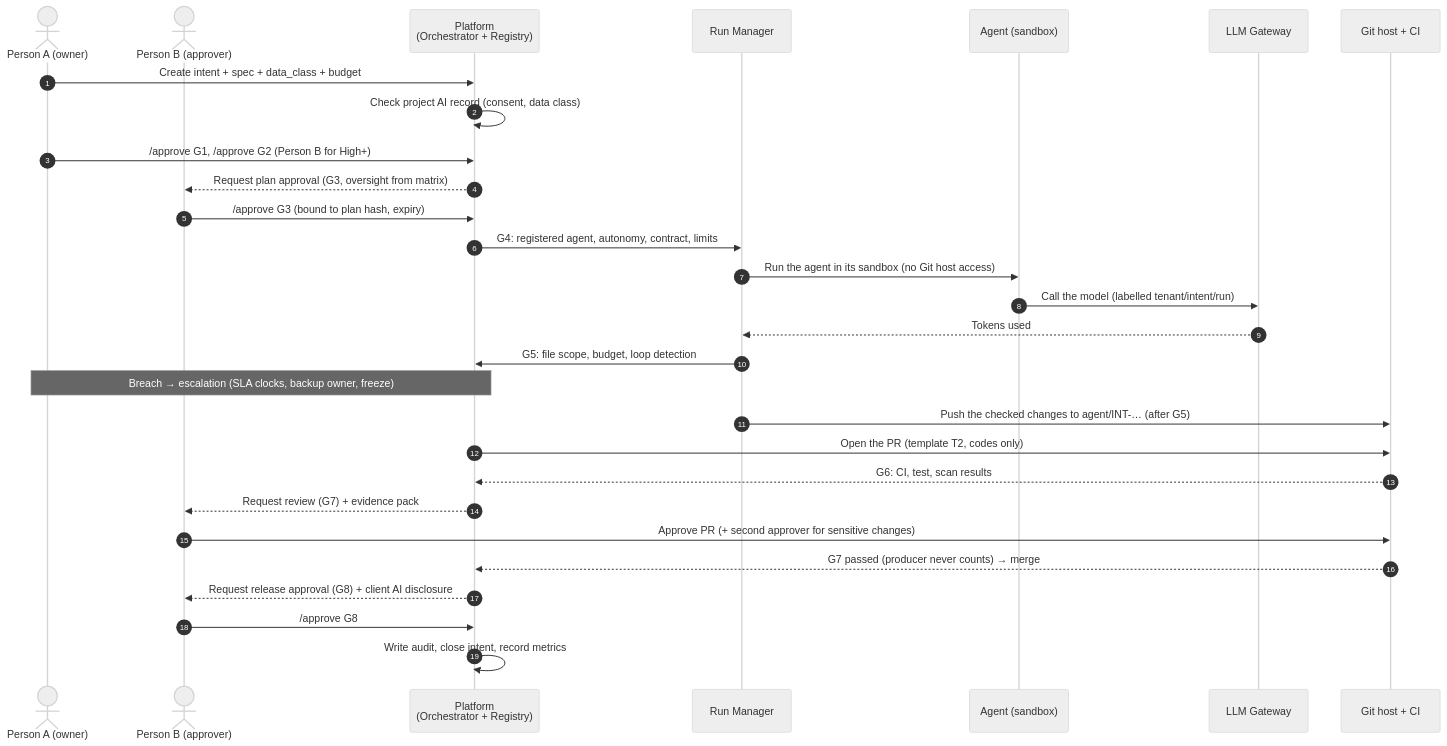
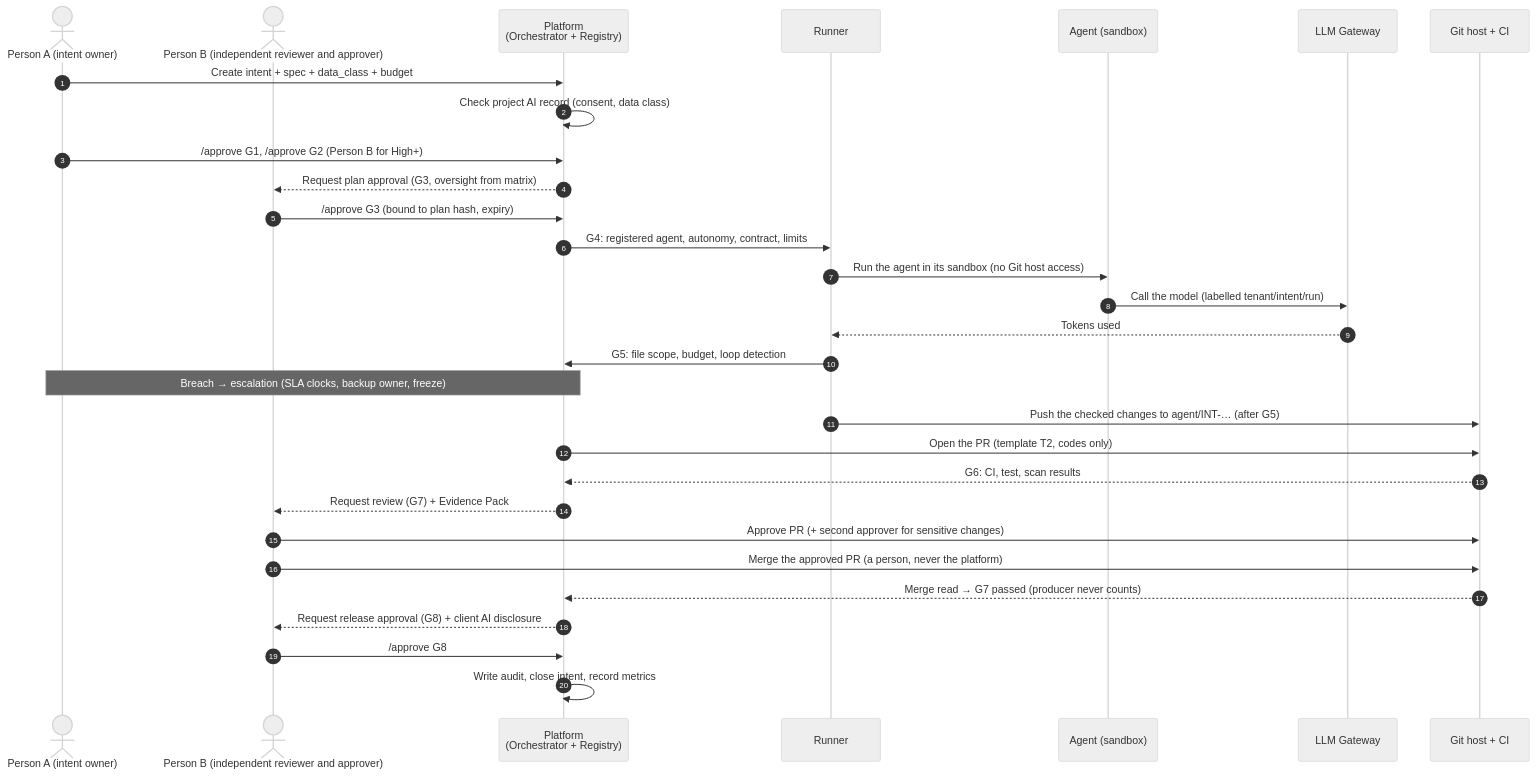
The diagram in diagrams/src/d10-mvp-flow.mmd (hoanghainh1188/agentic-sdlc-framework), drawn with Mermaid (neutral theme) before and after one commit. The commit also changed 18 other files, not shown here.

```diff
--- a/diagrams/src/d10-mvp-flow.mmd
+++ b/diagrams/src/d10-mvp-flow.mmd
@@ -1,30 +1,31 @@
 sequenceDiagram
     autonumber
-    actor A as Person A (owner)
-    actor B as Person B (approver)
+    actor A as Person A (intent owner)
+    actor B as Person B (independent reviewer and approver)
     participant P as Platform<br/>(Orchestrator + Registry)
-    participant R as Run Manager
+    participant R as Runner
     participant AG as Agent (sandbox)
     participant GW as LLM Gateway
     participant G as Git host + CI
 
     A->>P: Create intent + spec + data_class + budget
     P->>P: Check project AI record (consent, data class)
     A->>P: /approve G1, /approve G2 (Person B for High+)
     P-->>B: Request plan approval (G3, oversight from matrix)
     B->>P: /approve G3 (bound to plan hash, expiry)
     P->>R: G4: registered agent, autonomy, contract, limits
     R->>AG: Run the agent in its sandbox (no Git host access)
     AG->>GW: Call the model (labelled tenant/intent/run)
     GW-->>R: Tokens used
     R->>P: G5: file scope, budget, loop detection
     Note over P,A: Breach → escalation (SLA clocks, backup owner, freeze)
     R->>G: Push the checked changes to agent/INT-… (after G5)
     P->>G: Open the PR (template T2, codes only)
     G-->>P: G6: CI, test, scan results
-    P-->>B: Request review (G7) + evidence pack
+    P-->>B: Request review (G7) + Evidence Pack
     B->>G: Approve PR (+ second approver for sensitive changes)
-    G-->>P: G7 passed (producer never counts) → merge
+    B->>G: Merge the approved PR (a person, never the platform)
+    G-->>P: Merge read → G7 passed (producer never counts)
     P-->>B: Request release approval (G8) + client AI disclosure
     B->>P: /approve G8
     P->>P: Write audit, close intent, record metrics
```
